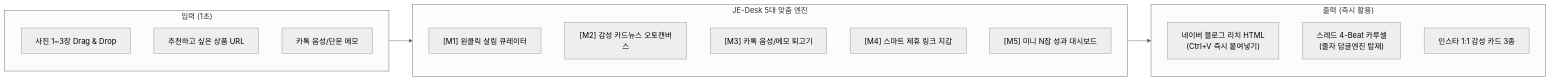
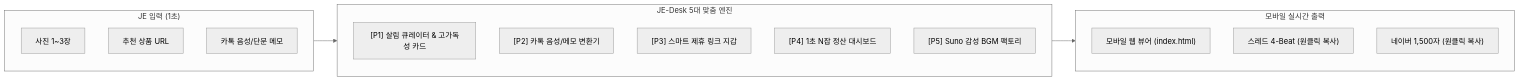
The second of 2 diagrams in JE_DESK_WIFE_CUSTOM_ROADMAP.md (neo-alpha-research/JE-Desk), drawn with Mermaid (neutral theme) before and after one commit. The commit also changed other lines of this file and 18 other files, not shown here.

````diff
--- a/JE_DESK_WIFE_CUSTOM_ROADMAP.md
+++ b/JE_DESK_WIFE_CUSTOM_ROADMAP.md
@@ -46,24 +47,24 @@
 ```mermaid
 flowchart LR
-    subgraph Input["입력 (1초)"]
-        IN1["사진 1~3장 Drag & Drop"]
-        IN2["추천하고 싶은 상품 URL"]
+    subgraph Input["JE 입력 (1초)"]
+        IN1["사진 1~3장"]
+        IN2["추천 상품 URL"]
         IN3["카톡 음성/단문 메모"]
     end
 
     subgraph Engine["JE-Desk 5대 맞춤 엔진"]
-        M1["[M1] 원클릭 살림 큐레이터"]
-        M2["[M2] 감성 카드뉴스 오토캔버스"]
-        M3["[M3] 카톡 음성/메모 퇴고기"]
-        M4["[M4] 스마트 제휴 링크 지갑"]
-        M5["[M5] 미니 N잡 성과 대시보드"]
+        M1["[P1] 살림 큐레이터 & 고가독성 카드"]
+        M2["[P2] 카톡 음성/메모 변환기"]
+        M3["[P3] 스마트 제휴 링크 지갑"]
+        M4["[P4] 1초 N잡 정산 대시보드"]
+        M5["[P5] Suno 감성 BGM 팩토리"]
     end
 
-    subgraph Output["출력 (즉시 활용)"]
-        OUT1["네이버 블로그 리치 HTML<br/>(Ctrl+V 즉시 붙여넣기)"]
-        OUT2["스레드 4-Beat 카루셀<br/>(줄자 답글엔진 탑재)"]
-        OUT3["인스타 1:1 감성 카드 3종"]
+    subgraph Output["모바일 실시간 출력"]
+        OUT1["모바일 웹 뷰어 (index.html)"]
+        OUT2["스레드 4-Beat (원클릭 복사)"]
+        OUT3["네이버 1,500자 (원클릭 복사)"]
     end
 
     Input --> Engine --> Output
 ```
````
